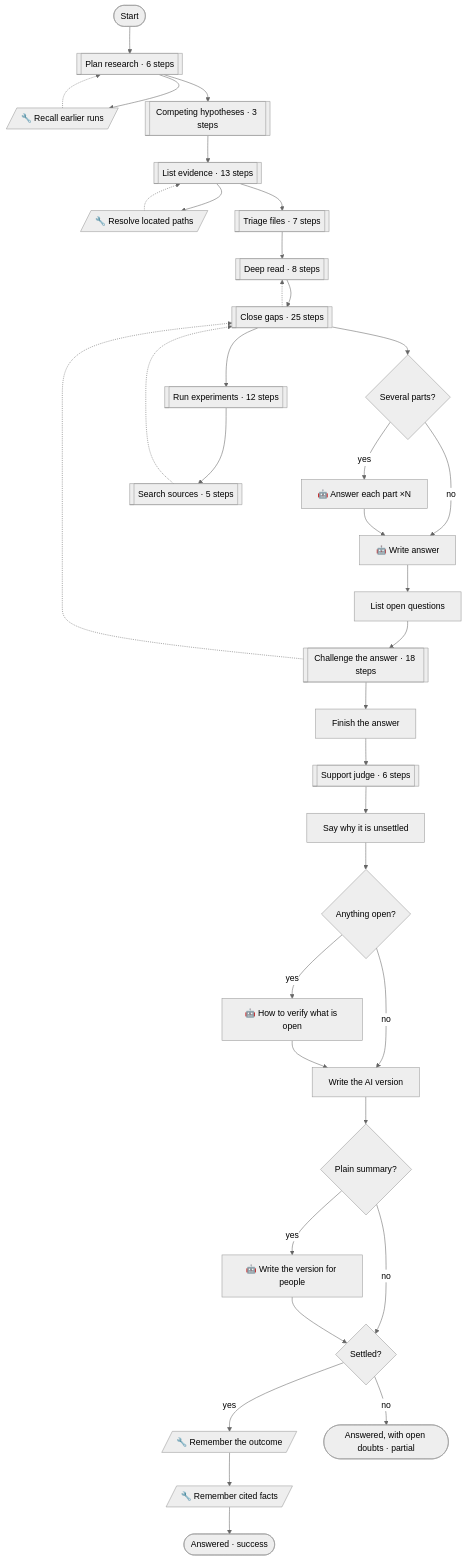
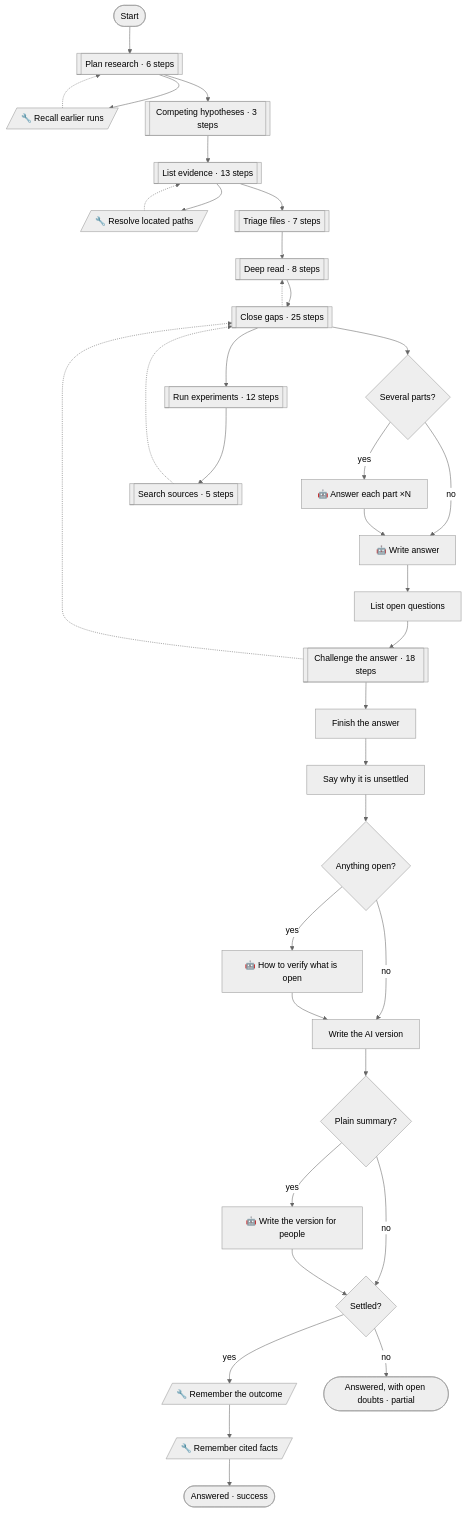
Before and after one commit to pirty6/symphony-core: the first of 7 diagrams in docs/patterns.md, drawn with Mermaid (neutral theme). The commit also changed other lines of this file and 16 other files, not shown here.

First line of the commit message:
Remove the support judge: measured, it rejected right claims and lowered the solved rate

````diff
--- a/docs/patterns.md
+++ b/docs/patterns.md
@@ -156,68 +150,66 @@
 ```mermaid
 flowchart TD
   n_start(["Start"])
   n_recall[/"🔧 Recall earlier runs"/]
   n_resolveScope[/"🔧 Resolve located paths"/]
   n_multiPart{"Several parts?"}
   n_answerParts["🤖 Answer each part ×N"]
   n_answer["🤖 Write answer"]
   n_listOpen["List open questions"]
   n_attachParts["Finish the answer"]
   n_settled{"Settled?"}
   n_noteDoubts["Say why it is unsettled"]
   n_anyOpen{"Anything open?"}
   n_planVerification["🤖 How to verify what is open"]
   n_handoffDoc["Write the AI version"]
   n_wantPlain{"Plain summary?"}
   n_explain["🤖 Write the version for people"]
   n_learnAnswer[/"🔧 Remember the outcome"/]
   n_rememberCited[/"🔧 Remember cited facts"/]
   n_done(["Answered · success"])
   n_doubts(["Answered, with open doubts · partial"])
   n_planPhase[["Plan research · 6 steps"]]
   n_hypothesesPhase[["Competing hypotheses · 3 steps"]]
   n_listPhase[["List evidence · 13 steps"]]
   n_triagePhase[["Triage files · 7 steps"]]
   n_deepPhase[["Deep read · 8 steps"]]
   n_experimentPhase[["Run experiments · 12 steps"]]
   n_sourcePhase[["Search sources · 5 steps"]]
   n_gapPhase[["Close gaps · 25 steps"]]
   n_challengePhase[["Challenge the answer · 18 steps"]]
-  n_judgePhase[["Support judge · 6 steps"]]
   n_start --> n_planPhase
   n_planPhase --> n_recall
   n_recall -.-> n_planPhase
   n_planPhase --> n_hypothesesPhase
   n_hypothesesPhase --> n_listPhase
   n_listPhase --> n_resolveScope
   n_resolveScope -.-> n_listPhase
   n_listPhase --> n_triagePhase
   n_triagePhase --> n_deepPhase
   n_deepPhase --> n_gapPhase
   n_gapPhase --> n_experimentPhase
   n_experimentPhase --> n_sourcePhase
   n_sourcePhase -.-> n_gapPhase
   n_gapPhase -.-> n_deepPhase
   n_gapPhase --> n_multiPart
   n_multiPart -->|"yes"| n_answerParts
   n_multiPart -->|"no"| n_answer
   n_answerParts --> n_answer
   n_answer --> n_listOpen
   n_listOpen --> n_challengePhase
   n_challengePhase --> n_attachParts
   n_challengePhase -.-> n_gapPhase
-  n_attachParts --> n_judgePhase
-  n_judgePhase --> n_noteDoubts
+  n_attachParts --> n_noteDoubts
   n_noteDoubts --> n_anyOpen
   n_anyOpen -->|"yes"| n_planVerification
   n_anyOpen -->|"no"| n_handoffDoc
   n_planVerification --> n_handoffDoc
   n_handoffDoc --> n_wantPlain
   n_wantPlain -->|"yes"| n_explain
   n_wantPlain -->|"no"| n_settled
   n_explain --> n_settled
   n_settled -->|"yes"| n_learnAnswer
   n_settled -->|"no"| n_doubts
   n_learnAnswer --> n_rememberCited
   n_rememberCited --> n_done
 ```
````
